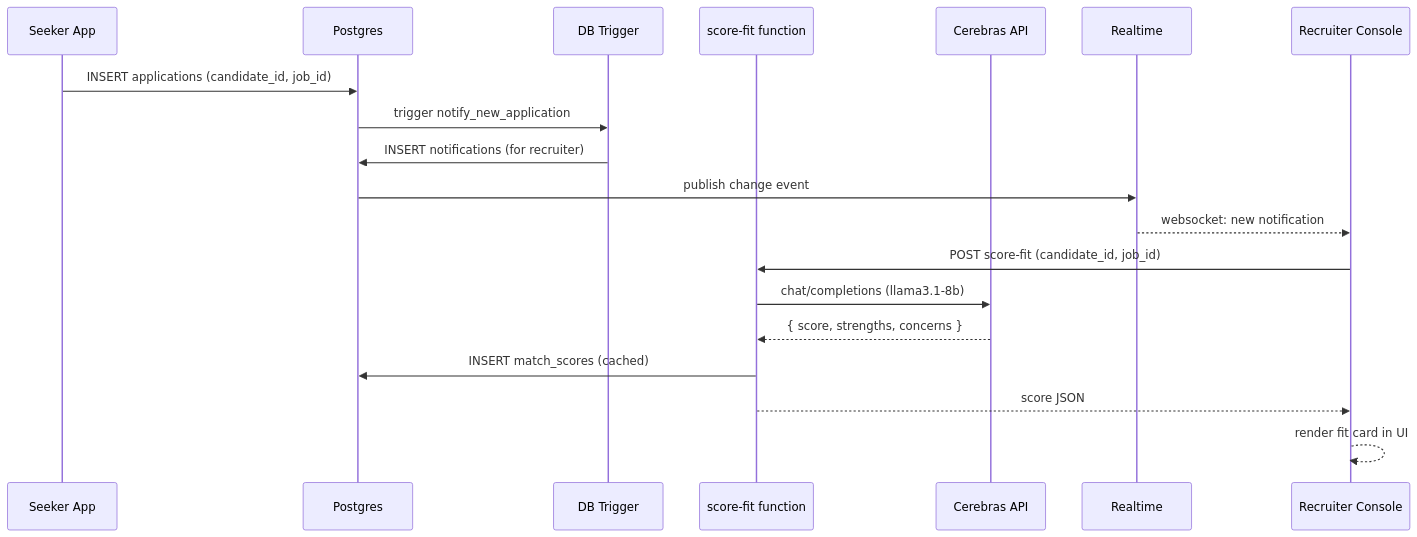
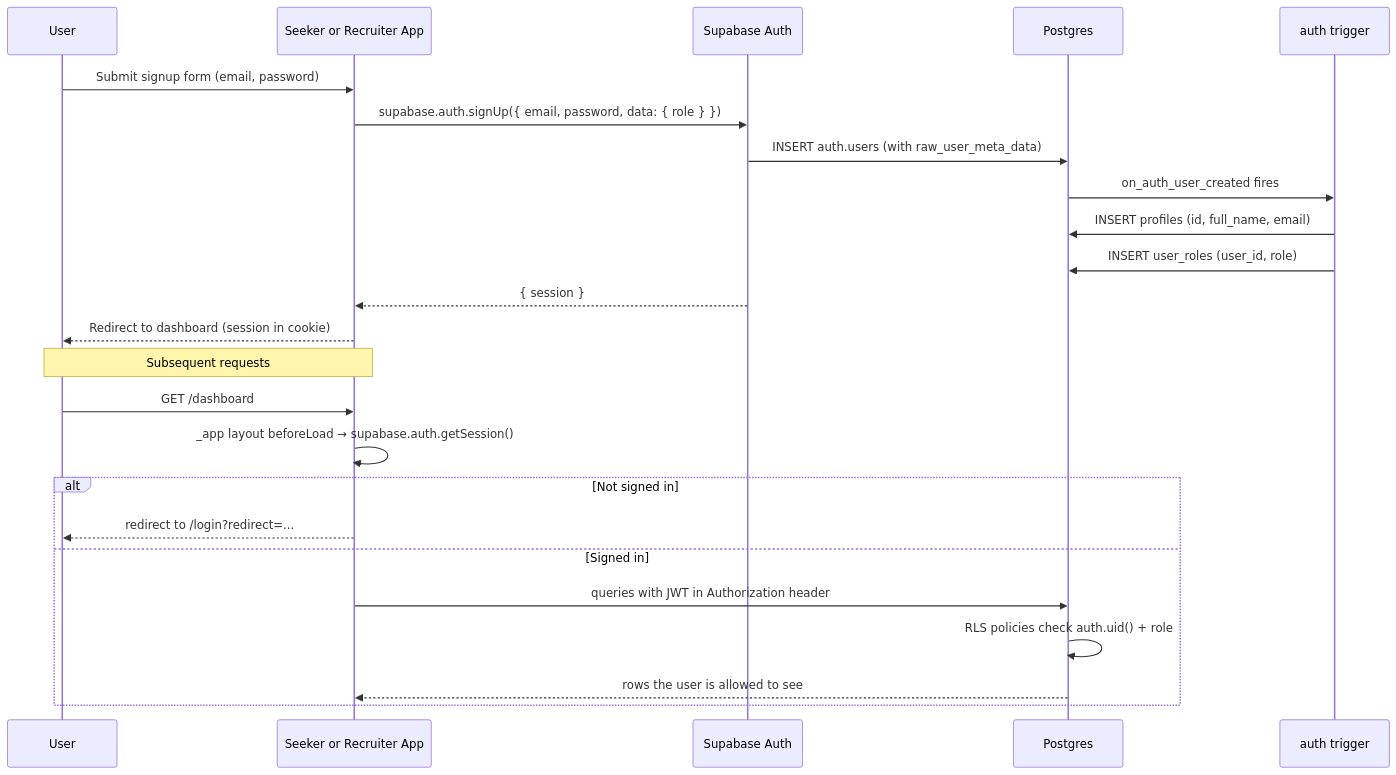
One commit to shubhamkarad/talentforge changed the second of 5 diagrams in README.md. Above: the diagram before and after it, drawn with Mermaid. The commit also changed other lines of this file and 45 other files, not shown here.

````diff
--- a/README.md
+++ b/README.md
@@ -159,22 +275,28 @@
 ```mermaid
 sequenceDiagram
-    participant SA as Seeker App
+    participant U as User
+    participant App as Seeker or Recruiter App
+    participant GoTrue as Supabase Auth
     participant PG as Postgres
-    participant TR as DB Trigger
-    participant EF as score-fit function
-    participant CB as Cerebras API
-    participant RT as Realtime
-    participant RC as Recruiter Console
+    participant Trg as auth trigger
 
-    SA->>PG: INSERT applications (candidate_id, job_id)
-    PG->>TR: trigger notify_new_application
-    TR->>PG: INSERT notifications (for recruiter)
-    PG->>RT: publish change event
-    RT-->>RC: websocket: new notification
-    RC->>EF: POST score-fit (candidate_id, job_id)
-    EF->>CB: chat/completions (llama3.1-8b)
-    CB-->>EF: { score, strengths, concerns }
-    EF->>PG: INSERT match_scores (cached)
-    EF-->>RC: score JSON
-    RC-->>RC: render fit card in UI
+    U->>App: Submit signup form (email, password)
+    App->>GoTrue: supabase.auth.signUp({ email, password, data: { role } })
+    GoTrue->>PG: INSERT auth.users (with raw_user_meta_data)
+    PG->>Trg: on_auth_user_created fires
+    Trg->>PG: INSERT profiles (id, full_name, email)
+    Trg->>PG: INSERT user_roles (user_id, role)
+    GoTrue-->>App: { session }
+    App-->>U: Redirect to dashboard (session in cookie)
+
+    Note over U,App: Subsequent requests
+    U->>App: GET /dashboard
+    App->>App: _app layout beforeLoad → supabase.auth.getSession()
+    alt Not signed in
+        App-->>U: redirect to /login?redirect=...
+    else Signed in
+        App->>PG: queries with JWT in Authorization header
+        PG->>PG: RLS policies check auth.uid() + role
+        PG-->>App: rows the user is allowed to see
+    end
 ```
````
